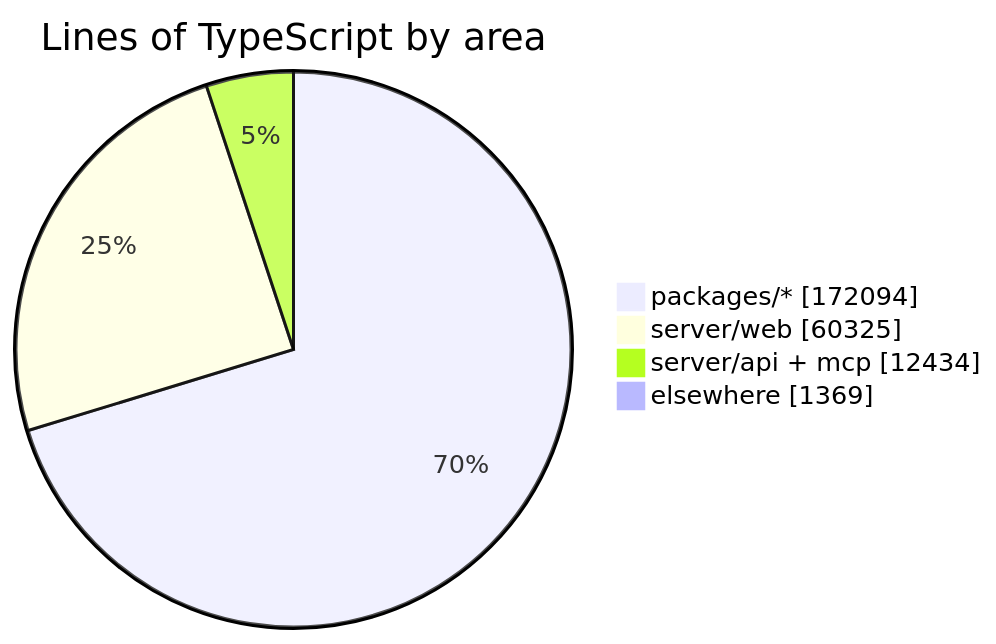
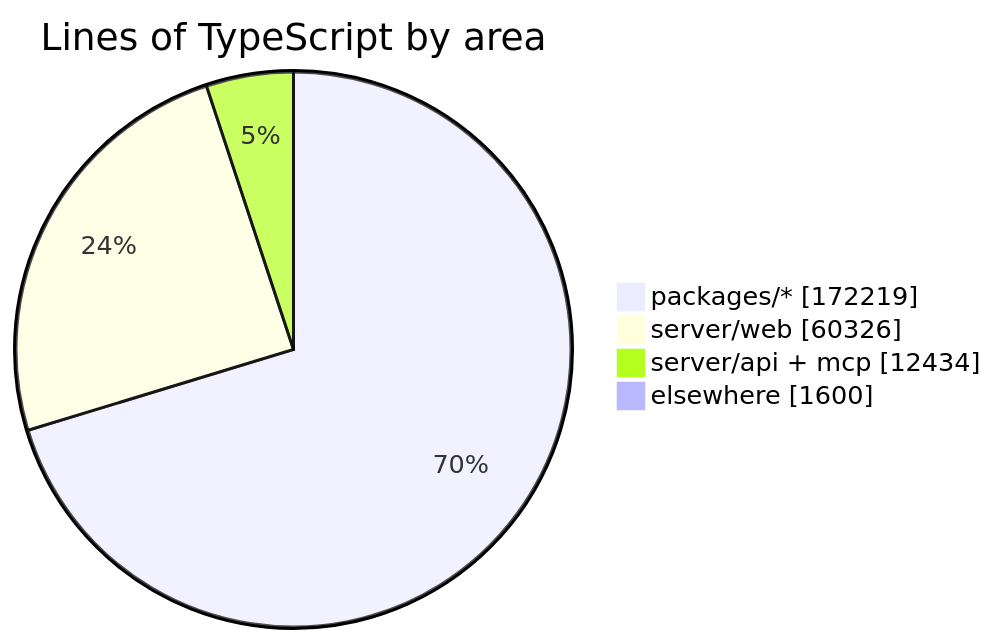
The diagram in README.md (crossworks-engineering/mantle), drawn with Mermaid before and after one commit. The commit also changed other lines of this file and 2 other files, not shown here.

````diff
--- a/README.md
+++ b/README.md
@@ -279,7 +279,7 @@
 ```mermaid
 pie showData title Lines of TypeScript by area
-    "packages/*" : 172094
-    "server/web" : 60325
+    "packages/*" : 172219
+    "server/web" : 60326
     "server/api + mcp" : 12434
-    "elsewhere" : 1369
+    "elsewhere" : 1600
 ```
````
